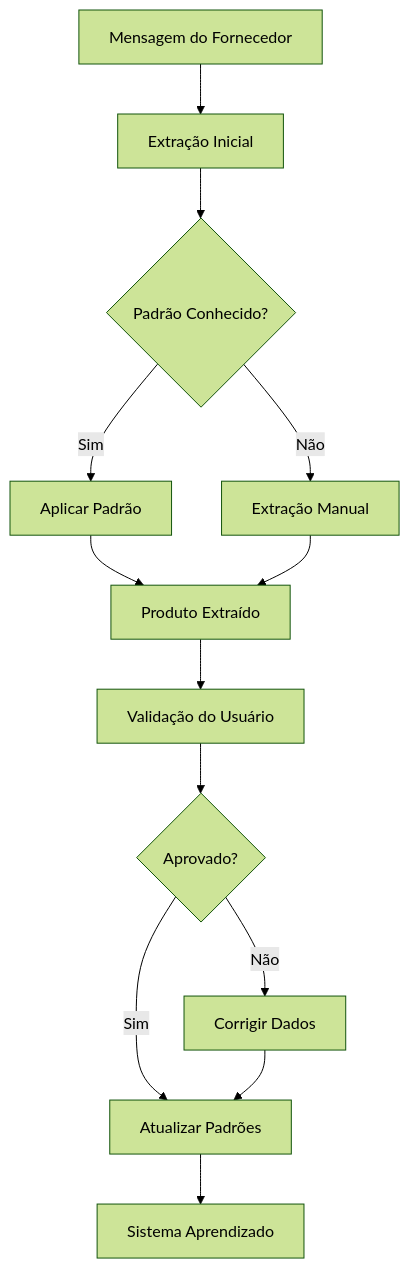
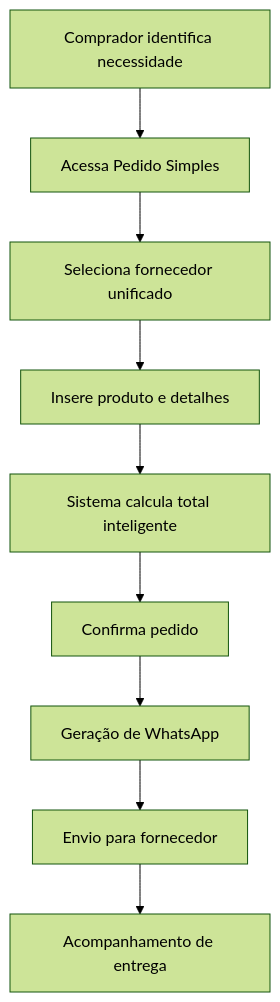
One commit to MRMATOS/dalpozzoflv changed the third of 5 diagrams in DOCUMENTACAO_SISTEMA.md. Above: the diagram before and after it, drawn with Mermaid (forest theme). The commit also changed other lines of this file, not shown here.

First line of the commit message:
feat: Atualizar documentação do sistema

````diff
--- a/DOCUMENTACAO_SISTEMA.md
+++ b/DOCUMENTACAO_SISTEMA.md
@@ -676,15 +862,11 @@
 ```mermaid
 graph TD
-    A[Mensagem do Fornecedor] --> B[Extração Inicial]
-    B --> C{Padrão Conhecido?}
-    C -->|Sim| D[Aplicar Padrão]
-    C -->|Não| E[Extração Manual]
-    D --> F[Produto Extraído]
-    E --> F
-    F --> G[Validação do Usuário]
-    G --> H{Aprovado?}
-    H -->|Sim| I[Atualizar Padrões]
-    H -->|Não| J[Corrigir Dados]
-    J --> I
-    I --> K[Sistema Aprendizado]
+    A[Comprador identifica necessidade] --> B[Acessa Pedido Simples]
+    B --> C[Seleciona fornecedor unificado]
+    C --> D[Insere produto e detalhes]
+    D --> E[Sistema calcula total inteligente]
+    E --> F[Confirma pedido]
+    F --> G[Geração de WhatsApp]
+    G --> H[Envio para fornecedor]
+    H --> I[Acompanhamento de entrega]
 ```
````
